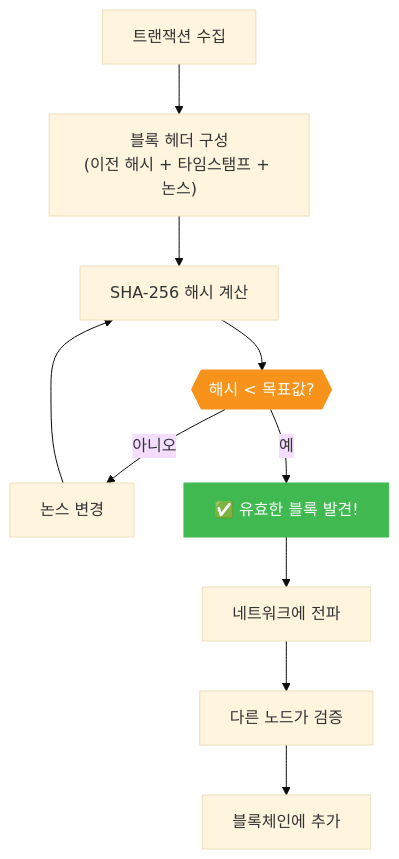
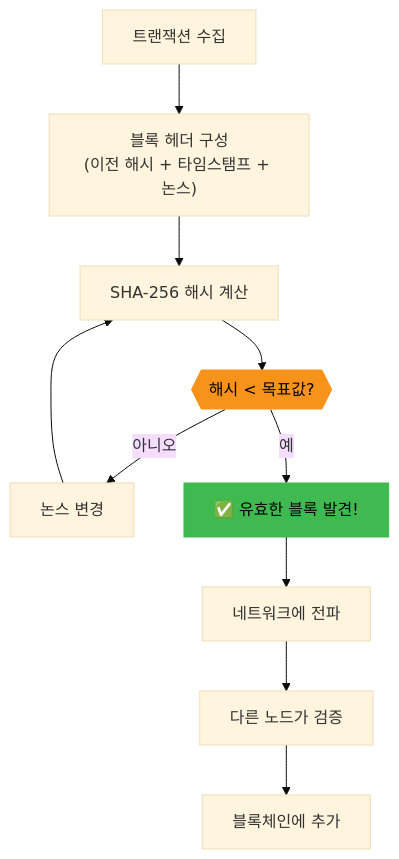
Before and after one commit to bc1qwerty/learn.txid.uk: the diagram in content/ko/ideas/proof-of-work.md, drawn with Mermaid (base theme). The commit also changed 50 other files, not shown here.

First line of the commit message:
Mermaid 다이어그램 텍스트 대비 개선: color:#fff → color:#000

```diff
--- a/content/ko/ideas/proof-of-work.md
+++ b/content/ko/ideas/proof-of-work.md
@@ -15,14 +15,14 @@
 {{< mermaid >}}
 graph TD
     A["트랜잭션 수집"] --> B["블록 헤더 구성<br/>(이전 해시 + 타임스탬프 + 논스)"]
     B --> C["SHA-256 해시 계산"]
     C --> D{{"해시 < 목표값?"}}
     D -->|아니오| E["논스 변경"]
     E --> C
     D -->|예| F["✅ 유효한 블록 발견!"]
     F --> G["네트워크에 전파"]
     G --> H["다른 노드가 검증"]
     H --> I["블록체인에 추가"]
-    style F fill:#3fb950,stroke:#3fb950,color:#fff
-    style D fill:#f7931a,stroke:#f7931a,color:#fff
+    style F fill:#3fb950,stroke:#3fb950,color:#000
+    style D fill:#f7931a,stroke:#f7931a,color:#000
 {{< /mermaid >}}
```
